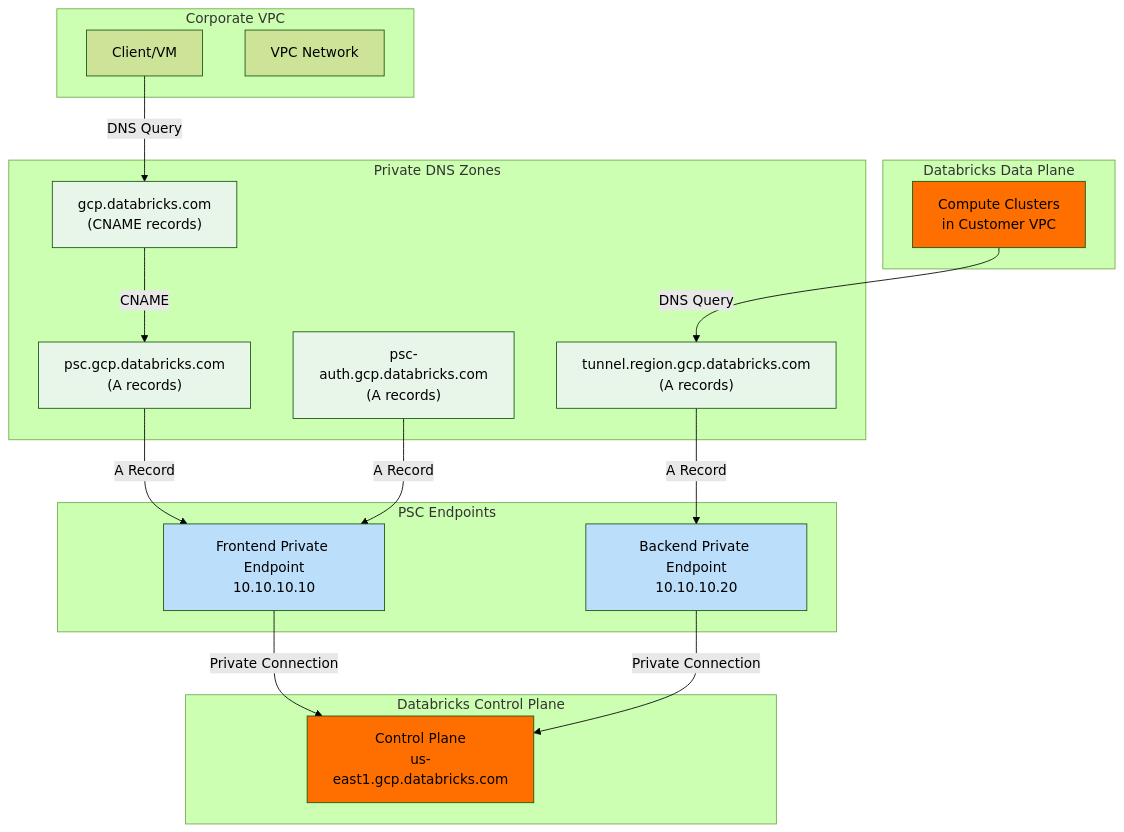
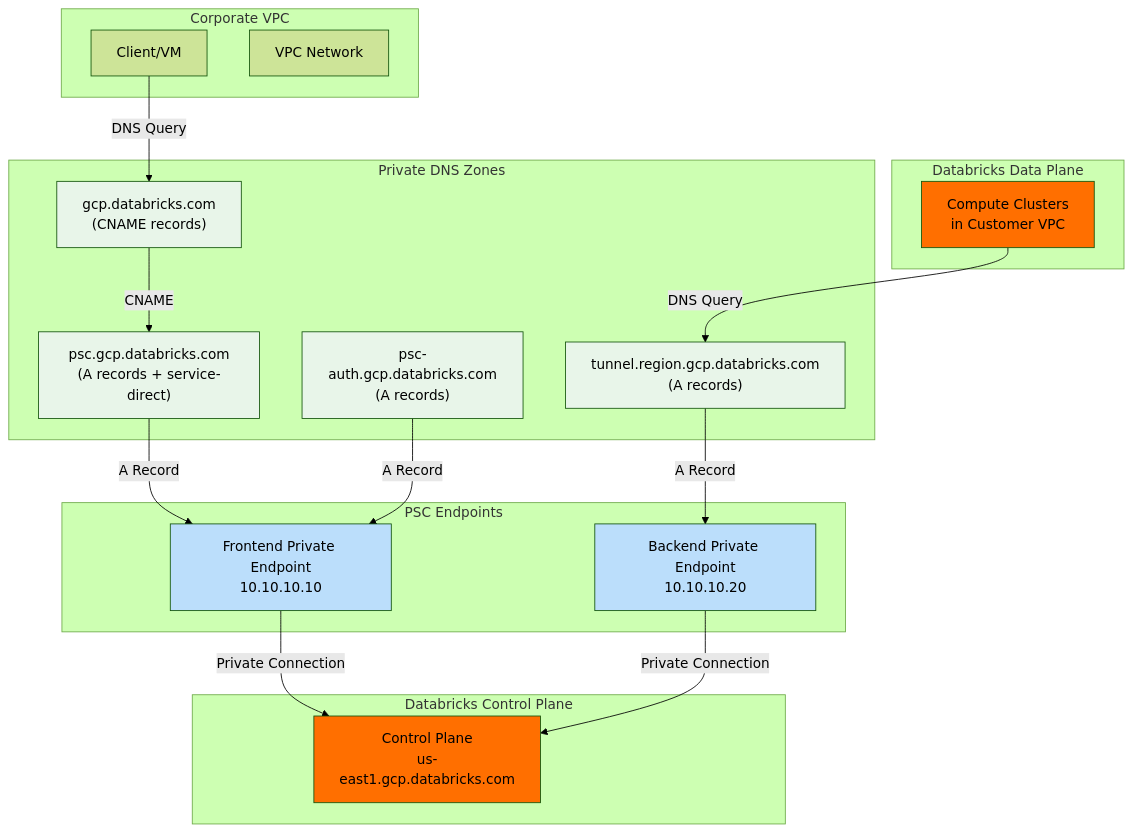
Before and after one commit to bhavink/databricks: the first of 6 diagrams in gcpdb4u/DNS-Setup-Guide.md, drawn with Mermaid (forest theme). The commit also changed other lines of this file and 2 other files, not shown here.

First line of the commit message:
docs(gcpdb4u): add Lakebase/Zerobus service-direct DNS and clarify psc-auth

````diff
--- a/gcpdb4u/DNS-Setup-Guide.md
+++ b/gcpdb4u/DNS-Setup-Guide.md
@@ -53,46 +69,46 @@
 ```mermaid
 graph TB
     subgraph "Corporate VPC"
         Client[Client/VM]
         VPC[VPC Network]
     end
 
     subgraph "Private DNS Zones"
         MainZone["gcp.databricks.com<br/>(CNAME records)"]
-        PSCZone["psc.gcp.databricks.com<br/>(A records)"]
+        PSCZone["psc.gcp.databricks.com<br/>(A records + service-direct)"]
         AuthZone["psc-auth.gcp.databricks.com<br/>(A records)"]
         TunnelZone["tunnel.region.gcp.databricks.com<br/>(A records)"]
     end
 
     subgraph "PSC Endpoints"
         FrontendPE[Frontend Private Endpoint<br/>10.10.10.10]
         BackendPE[Backend Private Endpoint<br/>10.10.10.20]
     end
 
     subgraph "Databricks Control Plane"
         ControlPlane[Control Plane<br/>us-east1.gcp.databricks.com]
     end
 
     subgraph "Databricks Data Plane"
         DataPlane[Compute Clusters<br/>in Customer VPC]
     end
 
     Client -->|DNS Query| MainZone
     MainZone -->|CNAME| PSCZone
     PSCZone -->|A Record| FrontendPE
     AuthZone -->|A Record| FrontendPE
     FrontendPE -->|Private Connection| ControlPlane
 
     DataPlane -->|DNS Query| TunnelZone
     TunnelZone -->|A Record| BackendPE
     BackendPE -->|Private Connection| ControlPlane
 
     style MainZone fill:#E8F5E9
     style PSCZone fill:#E8F5E9
     style AuthZone fill:#E8F5E9
     style TunnelZone fill:#E8F5E9
     style FrontendPE fill:#BBDEFB
     style BackendPE fill:#BBDEFB
     style ControlPlane fill:#FF6F00
     style DataPlane fill:#FF6F00
 ```
````
